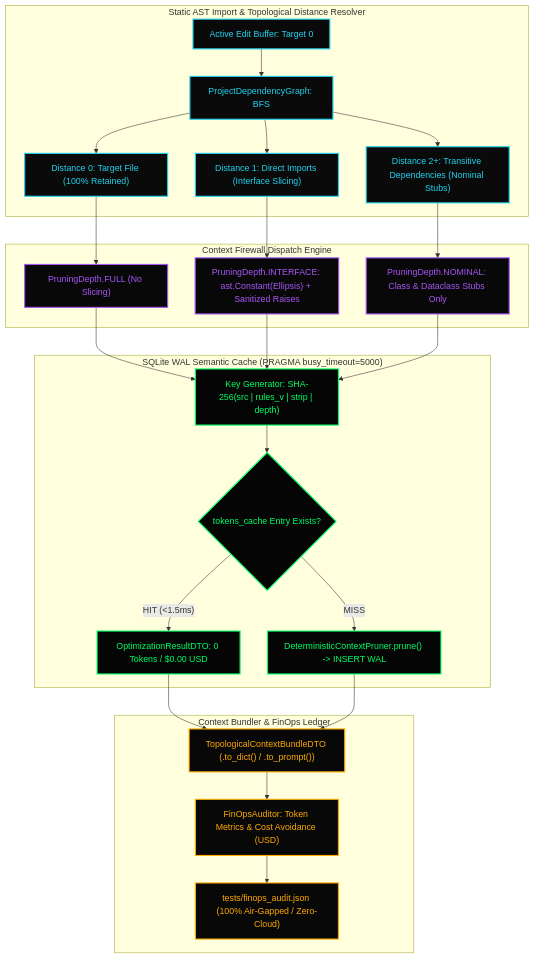
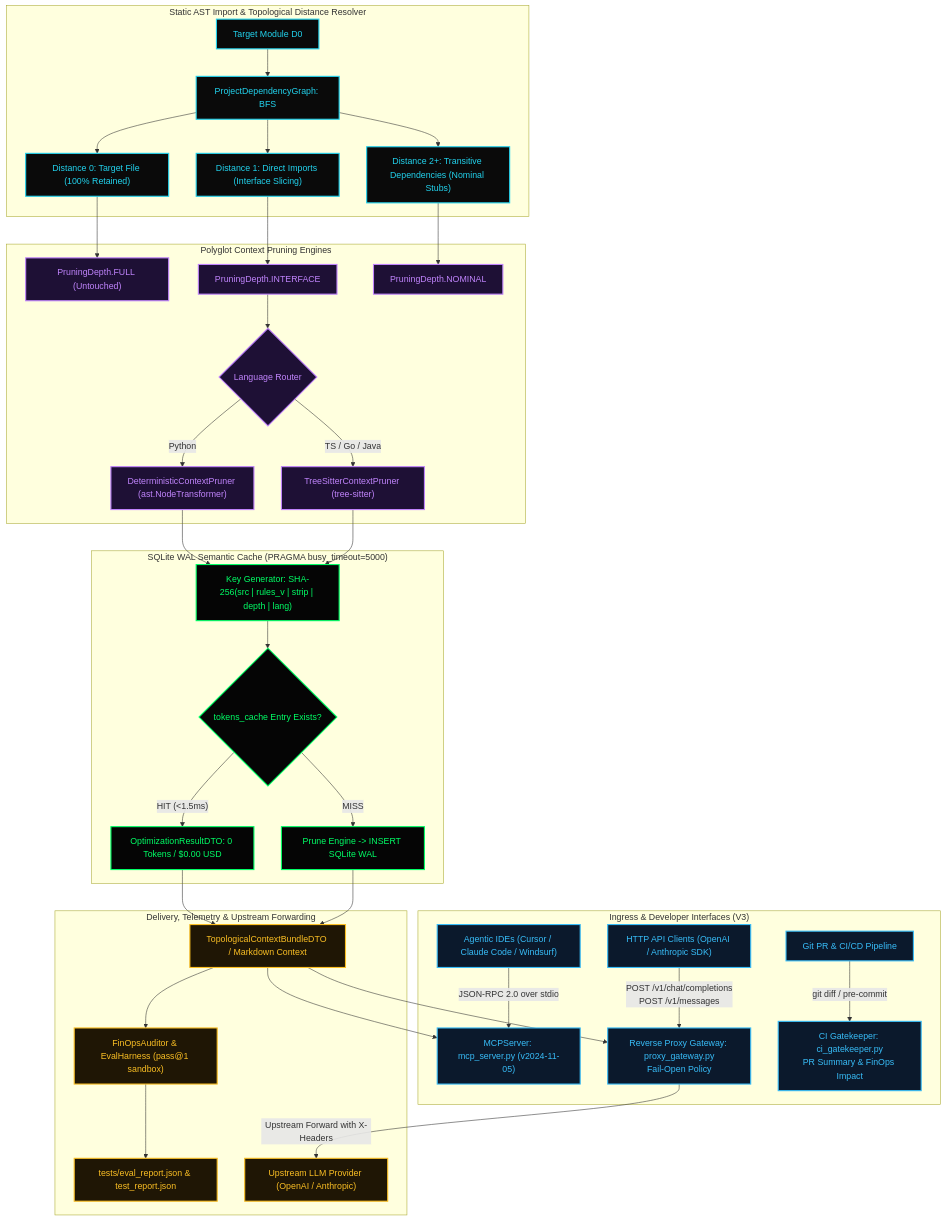
One commit to heuristicolab/ctxfw changed the diagram in 01_TOPOLOGY/1_mermaid_dag.md. Above: the diagram before and after it, drawn with Mermaid. The commit also changed 8 other files, not shown here.

Commit message:
feat(v3-sprint3.3): implement reverse proxy gateway, ci gatekeeper, and seal v3 architecture

````diff
--- a/01_TOPOLOGY/1_mermaid_dag.md
+++ b/01_TOPOLOGY/1_mermaid_dag.md
@@ -1,41 +1,55 @@
 ```mermaid
 graph TD
+    subgraph IngressLayer ["Ingress & Developer Interfaces (V3)"]
+        IDE["Agentic IDEs (Cursor / Claude Code / Windsurf)"] -->|JSON-RPC 2.0 over stdio| MCPServer["MCPServer: mcp_server.py (v2024-11-05)"]
+        AppClient["HTTP API Clients (OpenAI / Anthropic SDK)"] -->|POST /v1/chat/completions\nPOST /v1/messages| ProxyGateway["Reverse Proxy Gateway: proxy_gateway.py\nFail-Open Policy"]
+        CIPipeline["Git PR & CI/CD Pipeline"] -->|git diff / pre-commit| CIGatekeeper["CI Gatekeeper: ci_gatekeeper.py\nPR Summary & FinOps Impact"]
+    end
+
     subgraph TopoScan ["Static AST Import & Topological Distance Resolver"]
-        TargetFile["Active Edit Buffer: Target 0"] --> GraphBuilder["ProjectDependencyGraph: BFS"]
+        TargetFile["Target Module D0"] --> GraphBuilder["ProjectDependencyGraph: BFS"]
         GraphBuilder --> D0["Distance 0: Target File (100% Retained)"]
         GraphBuilder --> D1["Distance 1: Direct Imports (Interface Slicing)"]
         GraphBuilder --> D2["Distance 2+: Transitive Dependencies (Nominal Stubs)"]
     end
 
-    subgraph FirewallCore ["Context Firewall Dispatch Engine"]
-        D0 --> DispatchFull["PruningDepth.FULL (No Slicing)"]
-        D1 --> DispatchInterface["PruningDepth.INTERFACE: ast.Constant(Ellipsis) + Sanitized Raises"]
-        D2 --> DispatchNominal["PruningDepth.NOMINAL: Class & Dataclass Stubs Only"]
+    subgraph PruningEngines ["Polyglot Context Pruning Engines"]
+        D0 --> DispatchFull["PruningDepth.FULL (Untouched)"]
+        D1 --> DispatchInterface["PruningDepth.INTERFACE"]
+        D2 --> DispatchNominal["PruningDepth.NOMINAL"]
+
+        DispatchInterface --> DualRouter{"Language Router"}
+        DualRouter -->|Python| ASTPruner["DeterministicContextPruner (ast.NodeTransformer)"]
+        DualRouter -->|TS / Go / Java| PolyglotPruner["TreeSitterContextPruner (tree-sitter)"]
     end
 
     subgraph CacheLayer ["SQLite WAL Semantic Cache (PRAGMA busy_timeout=5000)"]
-        DispatchFull --> KeyGen["Key Generator: SHA-256(src | rules_v | strip | depth)"]
-        DispatchInterface --> KeyGen
-        DispatchNominal --> KeyGen
+        ASTPruner --> KeyGen["Key Generator: SHA-256(src | rules_v | strip | depth | lang)"]
+        PolyglotPruner --> KeyGen
         KeyGen --> CacheCheck{"tokens_cache Entry Exists?"}
         CacheCheck -- "HIT (<1.5ms)" --> WarmHit["OptimizationResultDTO: 0 Tokens / $0.00 USD"]
-        CacheCheck -- "MISS" --> ColdStore["DeterministicContextPruner.prune() -> INSERT WAL"]
+        CacheCheck -- "MISS" --> ColdStore["Prune Engine -> INSERT SQLite WAL"]
     end
 
-    subgraph BundleAndLedger ["Context Bundler & FinOps Ledger"]
-        WarmHit --> ContextBundle["TopologicalContextBundleDTO (.to_dict() / .to_prompt())"]
-        ColdStore --> ContextBundle
-        ContextBundle --> FinOps["FinOpsAuditor: Token Metrics & Cost Avoidance (USD)"]
-        FinOps --> AuditFile["tests/finops_audit.json (100% Air-Gapped / Zero-Cloud)"]
+    subgraph OutboundAndFinOps ["Delivery, Telemetry & Upstream Forwarding"]
+        WarmHit --> Bundler["TopologicalContextBundleDTO / Markdown Context"]
+        ColdStore --> Bundler
+        Bundler --> ProxyGateway
+        Bundler --> MCPServer
+        Bundler --> FinOps["FinOpsAuditor & EvalHarness (pass@1 sandbox)"]
+        FinOps --> EvalReport["tests/eval_report.json & test_report.json"]
+        ProxyGateway -->|Upstream Forward with X-Headers| LLMUpstream["Upstream LLM Provider (OpenAI / Anthropic)"]
     end
 
+    classDef ingressNode fill:#0b192c,stroke:#38bdf8,stroke-width:2px,color:#38bdf8
     classDef topoNode fill:#0a0a0a,stroke:#22d3ee,stroke-width:2px,color:#22d3ee
-    classDef firewallNode fill:#080808,stroke:#a855f7,stroke-width:2px,color:#a855f7
+    classDef engineNode fill:#1e1035,stroke:#c084fc,stroke-width:2px,color:#c084fc
     classDef cacheNode fill:#050505,stroke:#00ff66,stroke-width:2px,color:#00ff66
-    classDef ledgerNode fill:#080808,stroke:#ffaa00,stroke-width:2px,color:#ffaa00
+    classDef outboundNode fill:#1f1605,stroke:#fbbf24,stroke-width:2px,color:#fbbf24
 
+    class IDE,AppClient,CIPipeline,MCPServer,ProxyGateway,CIGatekeeper ingressNode
     class TargetFile,GraphBuilder,D0,D1,D2 topoNode
-    class DispatchFull,DispatchInterface,DispatchNominal firewallNode
+    class DispatchFull,DispatchInterface,DispatchNominal,DualRouter,ASTPruner,PolyglotPruner engineNode
     class KeyGen,CacheCheck,WarmHit,ColdStore cacheNode
-    class ContextBundle,FinOps,AuditFile ledgerNode
+    class Bundler,FinOps,EvalReport,LLMUpstream outboundNode
 ```
````
